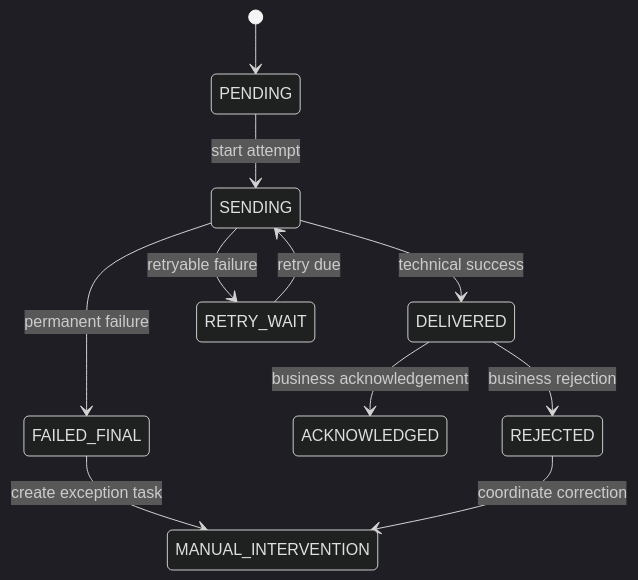
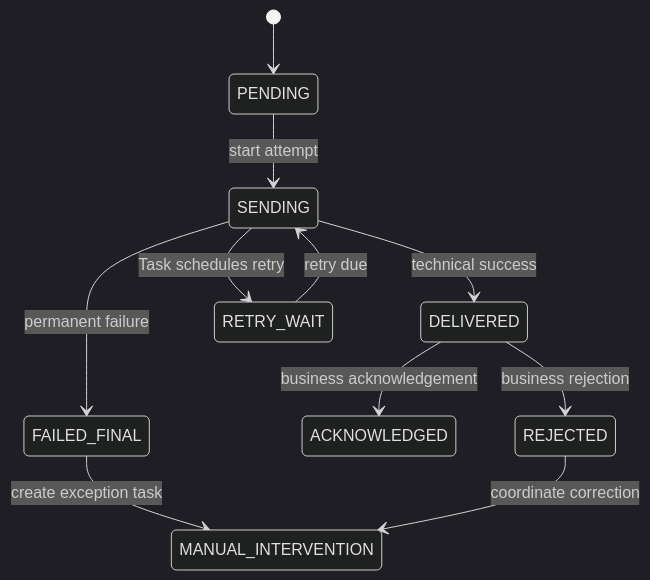
One commit to hctwgl/serviceos changed the second of 2 diagrams in serviceos-architecture/architecture/13-integration-reliability.md. Above: the diagram before and after it, drawn with Mermaid (dark theme). The commit also changed other lines of this file and 8 other files, not shown here.

````diff
--- a/serviceos-architecture/architecture/13-integration-reliability.md
+++ b/serviceos-architecture/architecture/13-integration-reliability.md
@@ -113,13 +113,13 @@
 ```mermaid
 stateDiagram-v2
   [*] --> PENDING
   PENDING --> SENDING: start attempt
   SENDING --> DELIVERED: technical success
-  SENDING --> RETRY_WAIT: retryable failure
+  SENDING --> RETRY_WAIT: Task schedules retry
   SENDING --> FAILED_FINAL: permanent failure
   RETRY_WAIT --> SENDING: retry due
   DELIVERED --> ACKNOWLEDGED: business acknowledgement
   DELIVERED --> REJECTED: business rejection
   FAILED_FINAL --> MANUAL_INTERVENTION: create exception task
   REJECTED --> MANUAL_INTERVENTION: coordinate correction
 ```
````
